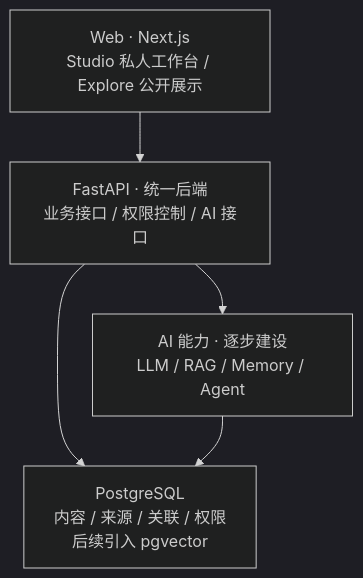
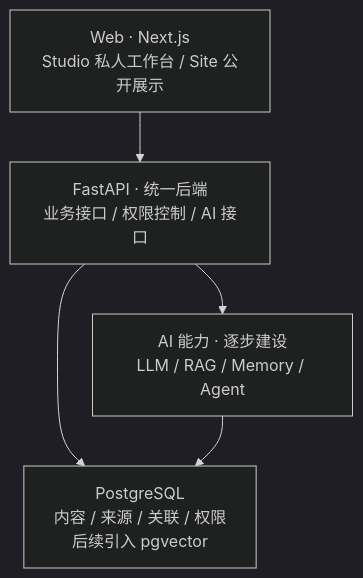
Before and after one commit to marineyulxl/Luma: the diagram in docs/product/PRD.md, drawn with Mermaid (dark theme). The commit also changed other lines of this file and 49 other files, not shown here.

````diff
--- a/docs/product/PRD.md
+++ b/docs/product/PRD.md
@@ -1120,11 +1120,11 @@
 ```mermaid
 flowchart TB
-    WEB["Web · Next.js<br/>Studio 私人工作台 / Explore 公开展示"]
+    WEB["Web · Next.js<br/>Studio 私人工作台 / Site 公开展示"]
     API["FastAPI · 统一后端<br/>业务接口 / 权限控制 / AI 接口"]
     DB["PostgreSQL<br/>内容 / 来源 / 关联 / 权限<br/>后续引入 pgvector"]
     AI["AI 能力 · 逐步建设<br/>LLM / RAG / Memory / Agent"]
     WEB --> API
     API --> DB
     API --> AI
     AI --> DB
 ```
````
